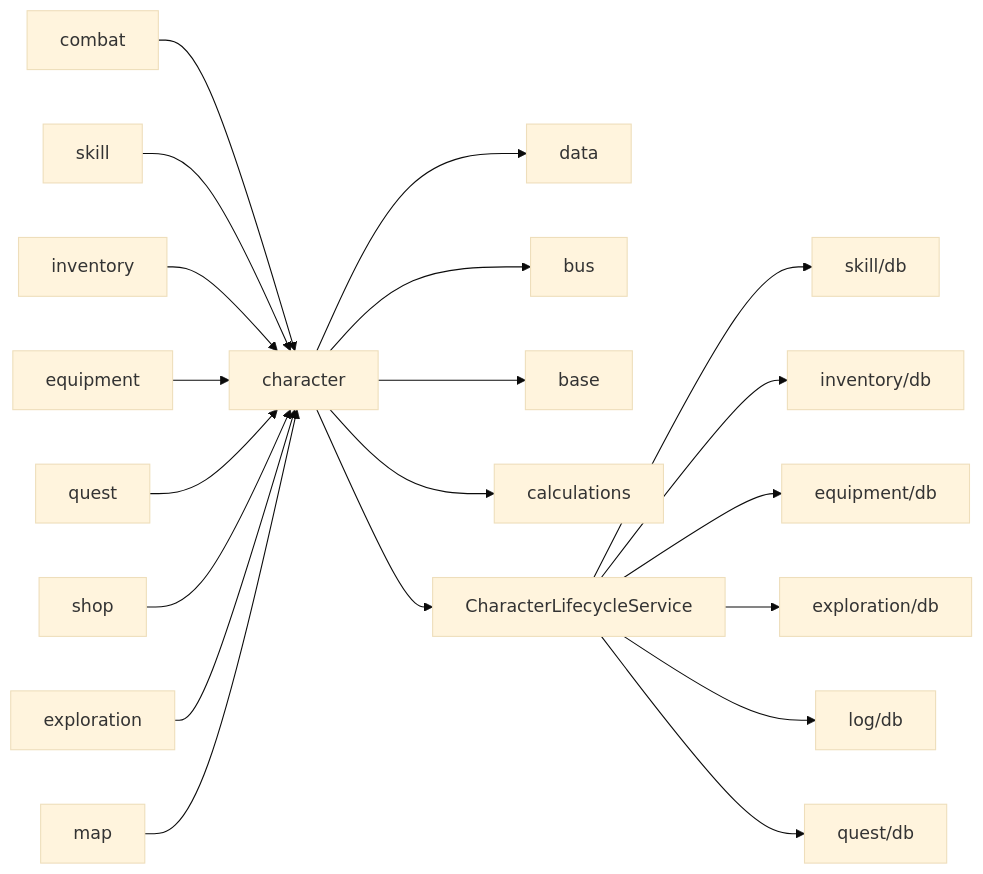
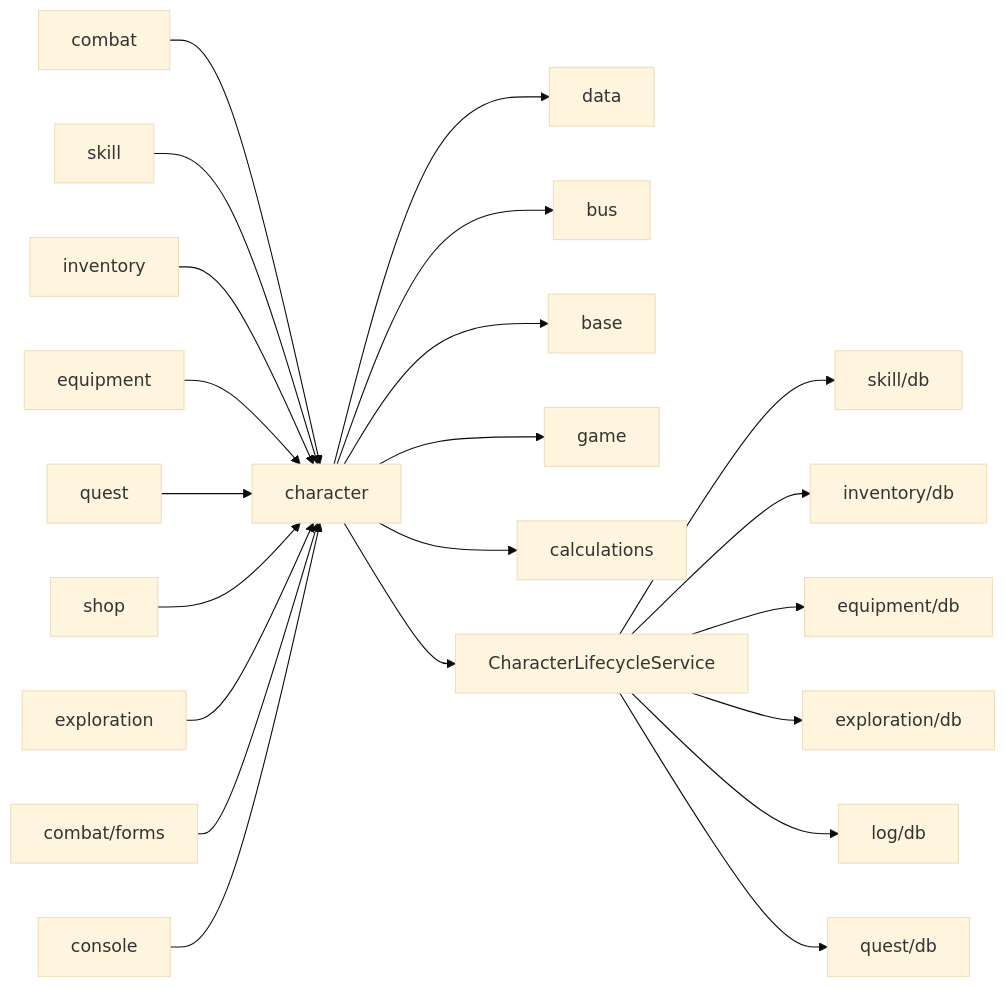
One commit to SonDemigods/wow_dnd changed the sixth of 11 diagrams in doc/project/DEPENDENCY_GRAPH.md. Above: the diagram before and after it, drawn with Mermaid (base theme). The commit also changed other lines of this file and 55 other files, not shown here.

````diff
--- a/doc/project/DEPENDENCY_GRAPH.md
+++ b/doc/project/DEPENDENCY_GRAPH.md
@@ -460,24 +487,26 @@
 ```mermaid
 graph LR
     character --> data
     character --> bus
     character --> base
+    character --> game
     character --> calculations
     character --> characterLifecycle[CharacterLifecycleService]
 
     characterLifecycle --> skill_db[skill/db]
     characterLifecycle --> inventory_db[inventory/db]
     characterLifecycle --> equipment_db[equipment/db]
     characterLifecycle --> exploration_db[exploration/db]
     characterLifecycle --> log_db[log/db]
     characterLifecycle --> quest_db[quest/db]
 
     combat --> character
     skill --> character
     inventory --> character
     equipment --> character
     quest --> character
     shop --> character
     exploration --> character
-    map --> character
+    forms[combat/forms] --> character
+    console --> character
 ```
````
